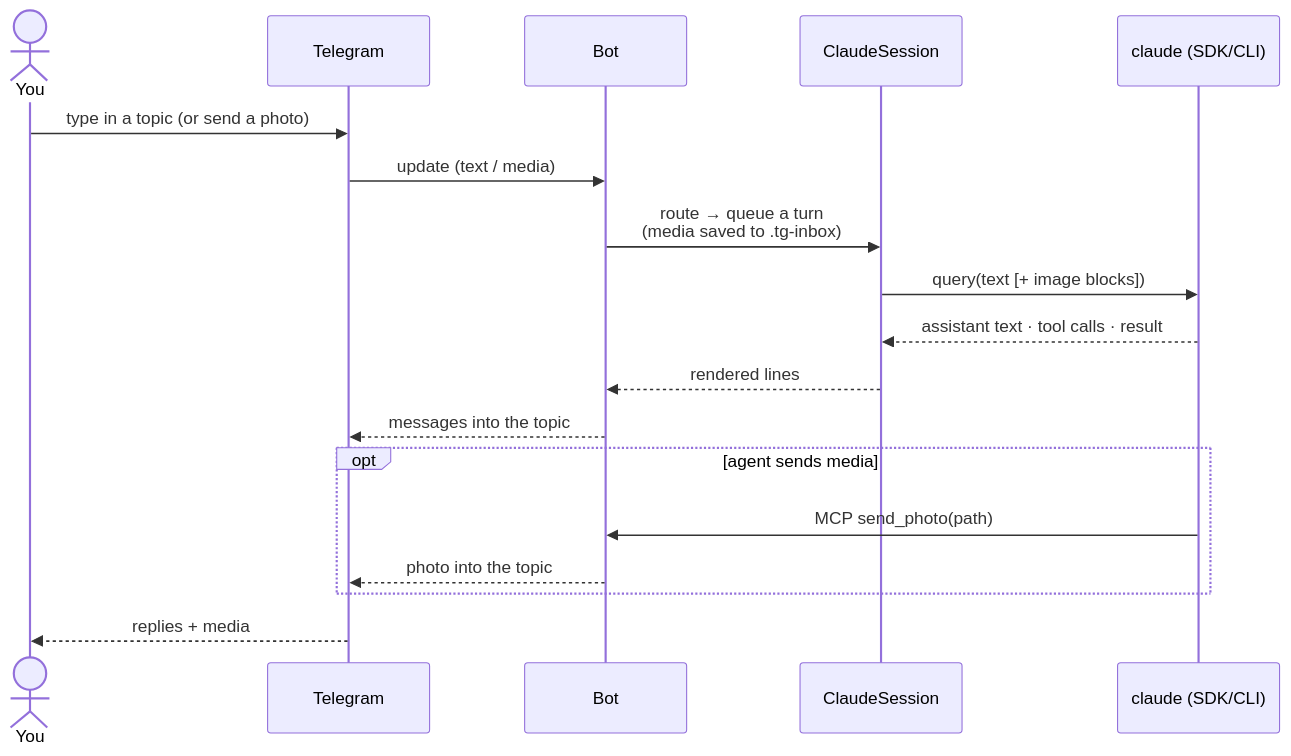
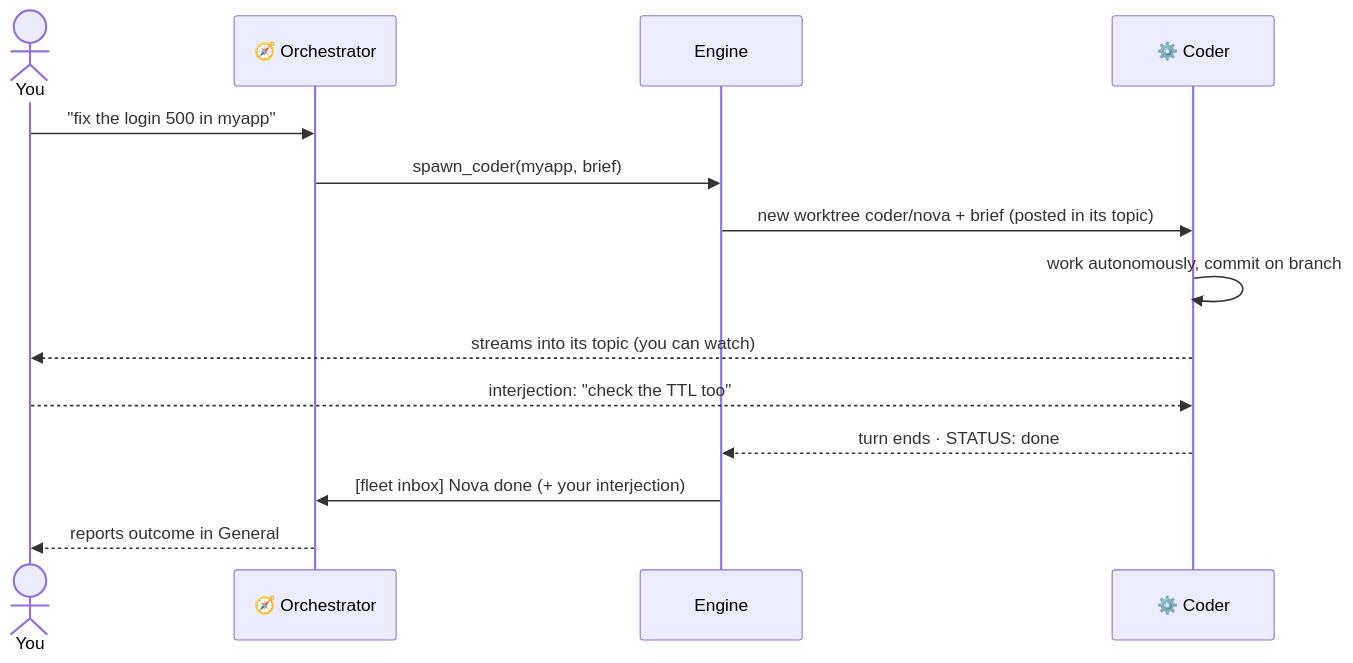
Before and after one commit to Dri-water/be-a-boss: the third of 3 diagrams in README.md, drawn with Mermaid. The commit also changed other lines of this file and 1 other file, not shown here.

Commit message:
docs: rewrite README + AGENTS.md for the orchestrator architecture

````diff
--- a/README.md
+++ b/README.md
@@ -75,20 +83,16 @@
 ```mermaid
 sequenceDiagram
     actor You
-    participant TG as Telegram
-    participant Bot
-    participant Sess as ClaudeSession
-    participant SDK as claude (SDK/CLI)
-    You->>TG: type in a topic (or send a photo)
-    TG->>Bot: update (text / media)
-    Bot->>Sess: route → queue a turn<br/>(media saved to .tg-inbox)
-    Sess->>SDK: query(text [+ image blocks])
-    SDK-->>Sess: assistant text · tool calls · result
-    Sess-->>Bot: rendered lines
-    Bot-->>TG: messages into the topic
-    opt agent sends media
-        SDK->>Bot: MCP send_photo(path)
-        Bot-->>TG: photo into the topic
-    end
-    TG-->>You: replies + media
+    participant O as 🧭 Orchestrator
+    participant E as Engine
+    participant C as ⚙️ Coder
+    You->>O: "fix the login 500 in myapp"
+    O->>E: spawn_coder(myapp, brief)
+    E->>C: new worktree coder/nova + brief (posted in its topic)
+    C->>C: work autonomously, commit on branch
+    C-->>You: streams into its topic (you can watch)
+    You-->>C: interjection: "check the TTL too"
+    C-->>E: turn ends · STATUS: done
+    E->>O: [fleet inbox] Nova done (+ your interjection)
+    O-->>You: reports outcome in General
 ```
````
